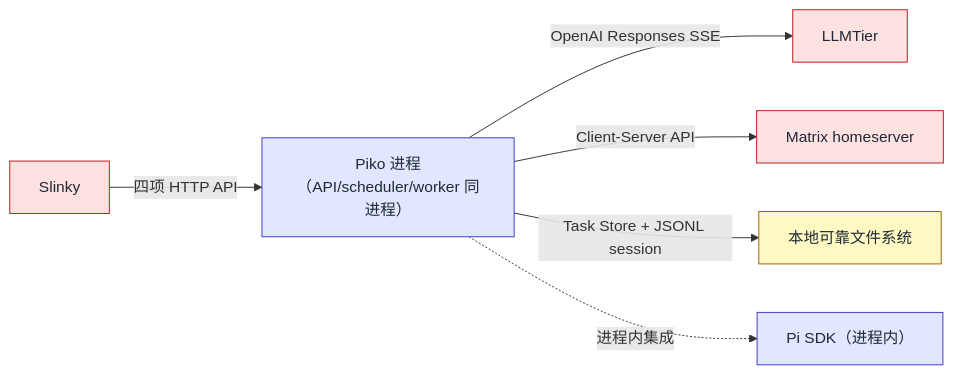
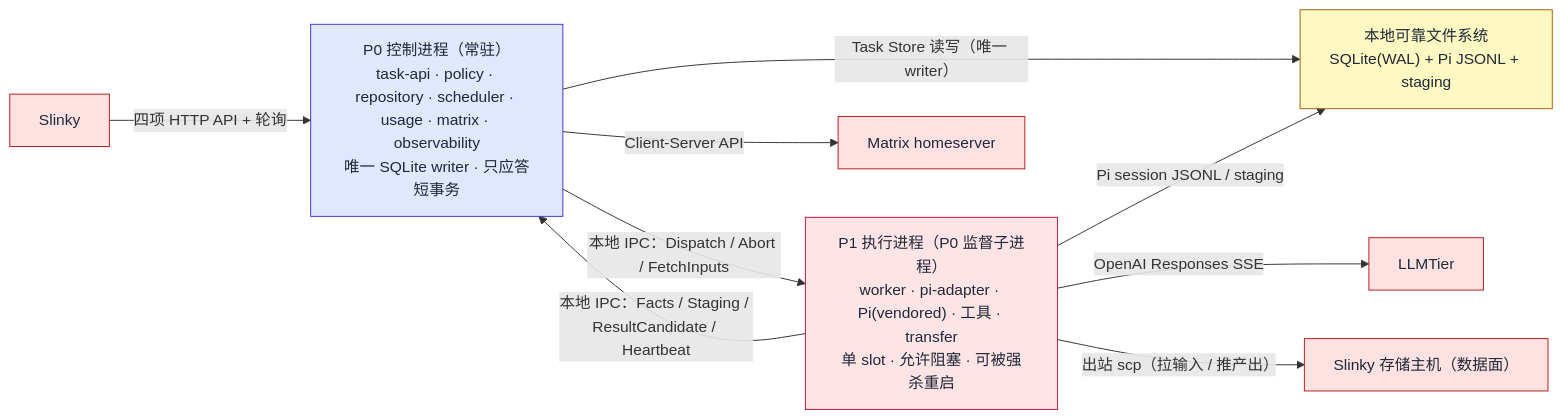
Before and after one commit to corezilla/piko: the diagram in docs/20_system_design/assets/diagrams/SW-4.mmd, drawn with Mermaid. The commit also changed 22 other files, not shown here.

```diff
--- a/docs/20_system_design/assets/diagrams/SW-4.mmd
+++ b/docs/20_system_design/assets/diagrams/SW-4.mmd
@@ -1,17 +1,22 @@
 flowchart LR
-  classDef process fill:#e0e7ff,stroke:#4338ca,color:#1f2937
+  classDef proc fill:#e0e7ff,stroke:#4338ca,color:#1f2937
+  classDef exec fill:#ffe4e6,stroke:#be123c,color:#1f2937
   classDef ext fill:#fee2e2,stroke:#b91c1c,color:#1f2937
   classDef store fill:#fef9c3,stroke:#a16207,color:#1f2937
 
-  P["Piko 进程（API/scheduler/worker 同进程）"]:::process
-  FS["本地可靠文件系统"]:::store
+  Slinky["Slinky"]:::ext
+  P0["P0 控制进程（常驻）<br/>task-api · policy · repository · scheduler · usage · matrix · observability<br/>唯一 SQLite writer · 只应答短事务"]:::proc
+  P1["P1 执行进程（P0 监督子进程）<br/>worker · pi-adapter · Pi(vendored) · 工具 · transfer<br/>单 slot · 允许阻塞 · 可被强杀重启"]:::exec
+  FS["本地可靠文件系统<br/>SQLite(WAL) + Pi JSONL + staging"]:::store
   LLMTier["LLMTier"]:::ext
   Matrix["Matrix homeserver"]:::ext
-  Slinky["Slinky"]:::ext
-  Pi["Pi SDK（进程内）"]:::process
+  SP["Slinky 存储主机（数据面）"]:::ext
 
-  Slinky -- "四项 HTTP API" --> P
-  P -- "OpenAI Responses SSE" --> LLMTier
-  P -- "Client-Server API" --> Matrix
-  P -- "Task Store + JSONL session" --> FS
-  P -.进程内集成.-> Pi
+  Slinky -- "四项 HTTP API + 轮询" --> P0
+  P0 -- "本地 IPC：Dispatch / Abort / FetchInputs" --> P1
+  P1 -- "本地 IPC：Facts / Staging / ResultCandidate / Heartbeat" --> P0
+  P0 -- "Task Store 读写（唯一 writer）" --> FS
+  P1 -- "Pi session JSONL / staging" --> FS
+  P1 -- "OpenAI Responses SSE" --> LLMTier
+  P0 -- "Client-Server API" --> Matrix
+  P1 -- "出站 scp（拉输入 / 推产出）" --> SP
```
